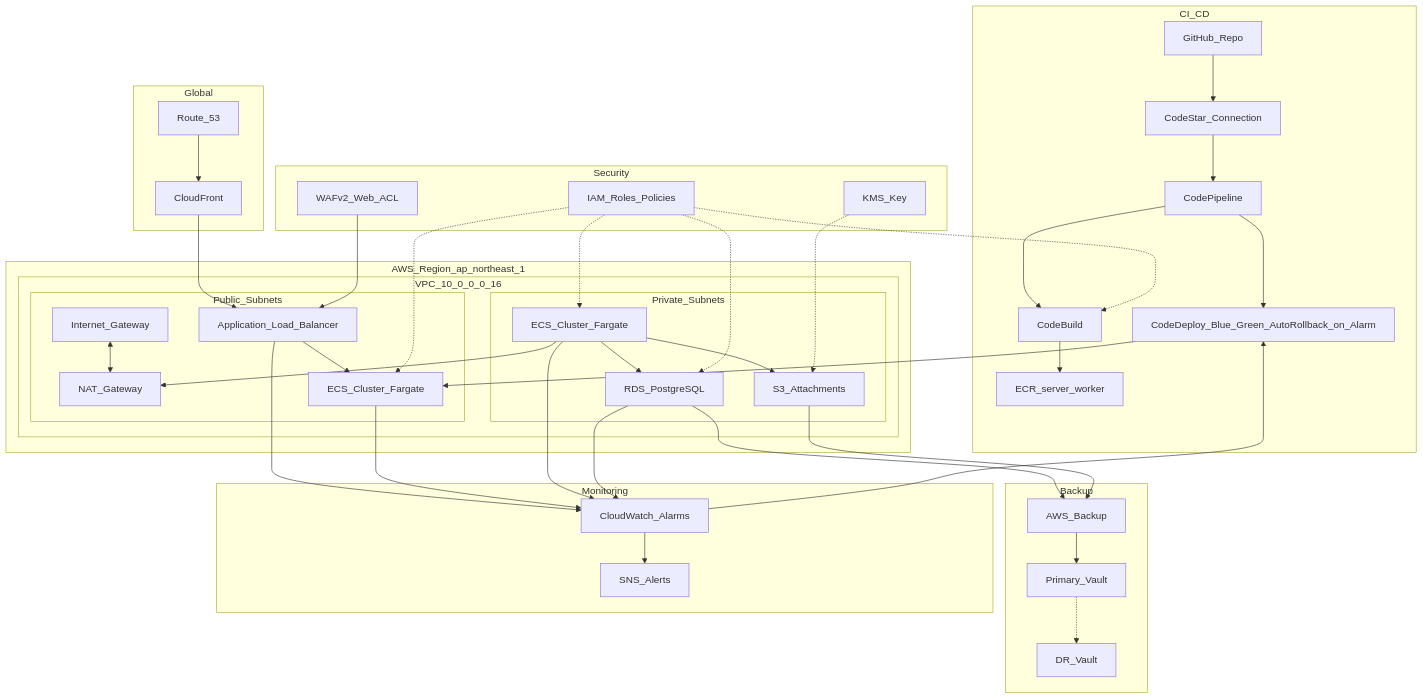
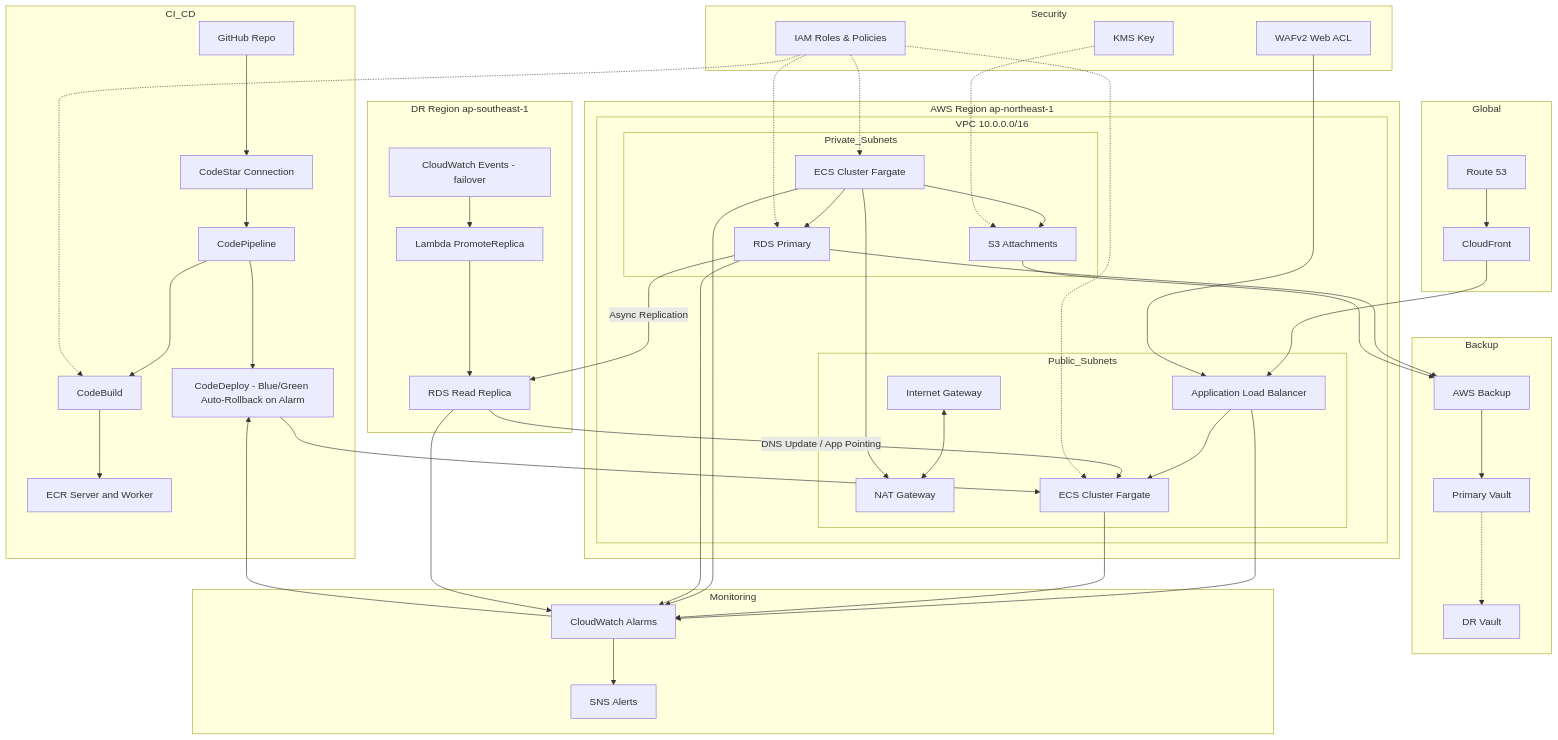
The first of 2 diagrams in README.md (Dakarakoso/challenge), drawn with Mermaid before and after one commit. The commit also changed other lines of this file and 11 other files, not shown here.

````diff
--- a/README.md
+++ b/README.md
@@ -22,68 +22,75 @@
 ```mermaid
 graph TD
   %% CI/CD Pipeline
   subgraph CI_CD
-    GH[GitHub_Repo] --> CSC[CodeStar_Connection]
+    GH[GitHub Repo] --> CSC[CodeStar Connection]
     CSC --> CP[CodePipeline]
     CP --> CB[CodeBuild]
-    CB --> ECR[ECR_server_worker]
-    CP --> CD[CodeDeploy_Blue_Green_AutoRollback_on_Alarm]
+    CB --> ECR[ECR Server and Worker]
+    CP --> CD[CodeDeploy - Blue/Green Auto-Rollback on Alarm]
   end
 
   %% Edge / DNS
   subgraph Global
-    R53[Route_53] --> CF[CloudFront]
+    R53[Route 53] --> CF[CloudFront]
   end
 
   %% Core Region (ap-northeast-1)
-  subgraph AWS_Region_ap_northeast_1
-    subgraph VPC_10_0_0_0_16
+  subgraph "AWS Region ap-northeast-1"
+    subgraph VPC["VPC 10.0.0.0/16"]
       subgraph Public_Subnets
-        IGW[Internet_Gateway]
-        NAT[NAT_Gateway]
+        IGW[Internet Gateway]
+        NAT[NAT Gateway]
         IGW <--> NAT
-        ALB[Application_Load_Balancer] --> ECS_Public[ECS_Cluster_Fargate]
+        ALB[Application Load Balancer] --> ECS_Public[ECS Cluster Fargate]
       end
 
       subgraph Private_Subnets
-        ECS_Private[ECS_Cluster_Fargate] --> RDS[RDS_PostgreSQL]
-        ECS_Private --> S3[S3_Attachments]
+        ECS_Private[ECS Cluster Fargate] --> RDS_Primary[RDS Primary]
+        ECS_Private --> S3[S3 Attachments]
         ECS_Private --> NAT
       end
     end
 
-    %% Edge & Deploy connections
     CF --> ALB
     CD --> ECS_Public
   end
 
+  %% DR Region (ap-southeast-1)
+  subgraph "DR Region ap-southeast-1"
+    RDS_Replica[RDS Read Replica]
+    RDS_Primary -->|Async Replication| RDS_Replica
+    CW_Event[CloudWatch Events - failover] --> Lambda[Lambda PromoteReplica]
+    Lambda --> RDS_Replica
+    RDS_Replica -->|DNS Update / App Pointing| ECS_Public
+  end
+
   %% Backup & Monitoring
   subgraph Backup
-    AWSB[AWS_Backup] --> PV[Primary_Vault]
-    PV -.-> DRV[DR_Vault]
-    RDS --> AWSB
+    AWSB[AWS Backup] --> PV[Primary Vault]
+    PV -.-> DRV[DR Vault]
+    RDS_Primary --> AWSB
     S3 --> AWSB
   end
 
   subgraph Monitoring
-    CW[CloudWatch_Alarms] --> SNS[SNS_Alerts]
+    CW[CloudWatch Alarms] --> SNS[SNS Alerts]
     CW --> CD
-    %% CodeDeploy auto-rollback on alarm
     ALB --> CW
     ECS_Public --> CW
     ECS_Private --> CW
-    RDS --> CW
+    RDS_Primary --> CW
+    RDS_Replica --> CW
   end
 
   %% Security
   subgraph Security
-    IAM[IAM_Roles_Policies] -.-> CB
+    IAM[IAM Roles & Policies] -.-> CB
     IAM -.-> ECS_Public
     IAM -.-> ECS_Private
-    IAM -.-> RDS
-    KMS[KMS_Key] -.-> S3
-    WAF[WAFv2_Web_ACL] --> ALB
+    IAM -.-> RDS_Primary
+    KMS[KMS Key] -.-> S3
+    WAF[WAFv2 Web ACL] --> ALB
   end
 
-
 ```
````
